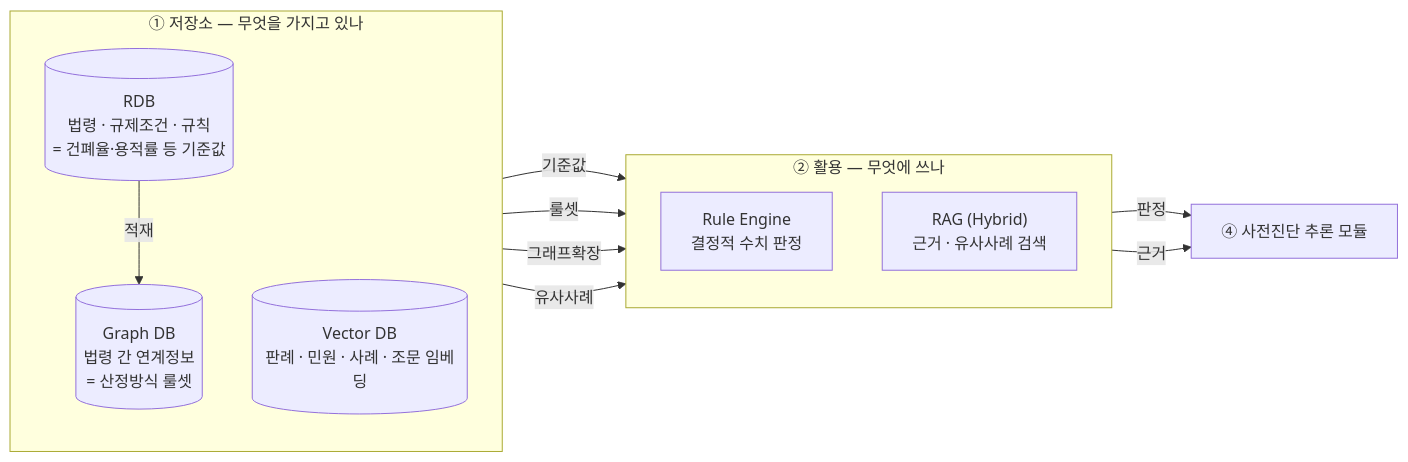
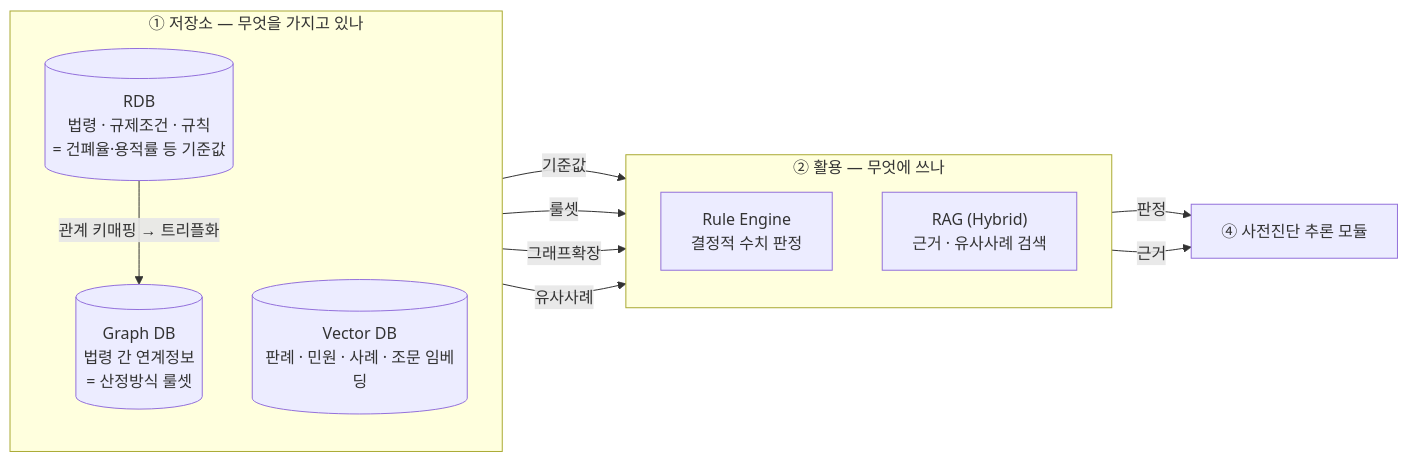
Before and after one commit to madlrengg100/permit-copilot: the second of 7 diagrams in docs/MCP-AGENT-SEQUENCE1.md, drawn with Mermaid. The commit also changed other lines of this file, not shown here.

Commit message:
docs(MCP-AGENT-SEQUENCE1): RDB→GraphDB 관계를 적재→관계 키매핑·트리플화로 정정

````diff
--- a/docs/MCP-AGENT-SEQUENCE1.md
+++ b/docs/MCP-AGENT-SEQUENCE1.md
@@ -49,24 +49,24 @@
 ```mermaid
 flowchart LR
     subgraph 저장["① 저장소 — 무엇을 가지고 있나"]
       direction TB
       RDB[("RDB<br/>법령 · 규제조건 · 규칙<br/>= 건폐율·용적률 등 기준값")]
       GDB[("Graph DB<br/>법령 간 연계정보<br/>= 산정방식 룰셋")]
       VDB[("Vector DB<br/>판례 · 민원 · 사례 · 조문 임베딩")]
-      RDB -->|적재| GDB
+      RDB -->|관계 키매핑 → 트리플화| GDB
     end
 
     subgraph 활용["② 활용 — 무엇에 쓰나"]
       direction TB
       RE["Rule Engine<br/>결정적 수치 판정"]
       RAG["RAG (Hybrid)<br/>근거 · 유사사례 검색"]
     end
 
     RDB -->|기준값| RE
     GDB -->|룰셋| RE
     GDB -->|그래프확장| RAG
     VDB -->|유사사례| RAG
 
     RE -->|판정| AG["④ 사전진단 추론 모듈"]
     RAG -->|근거| AG
 ```
````
